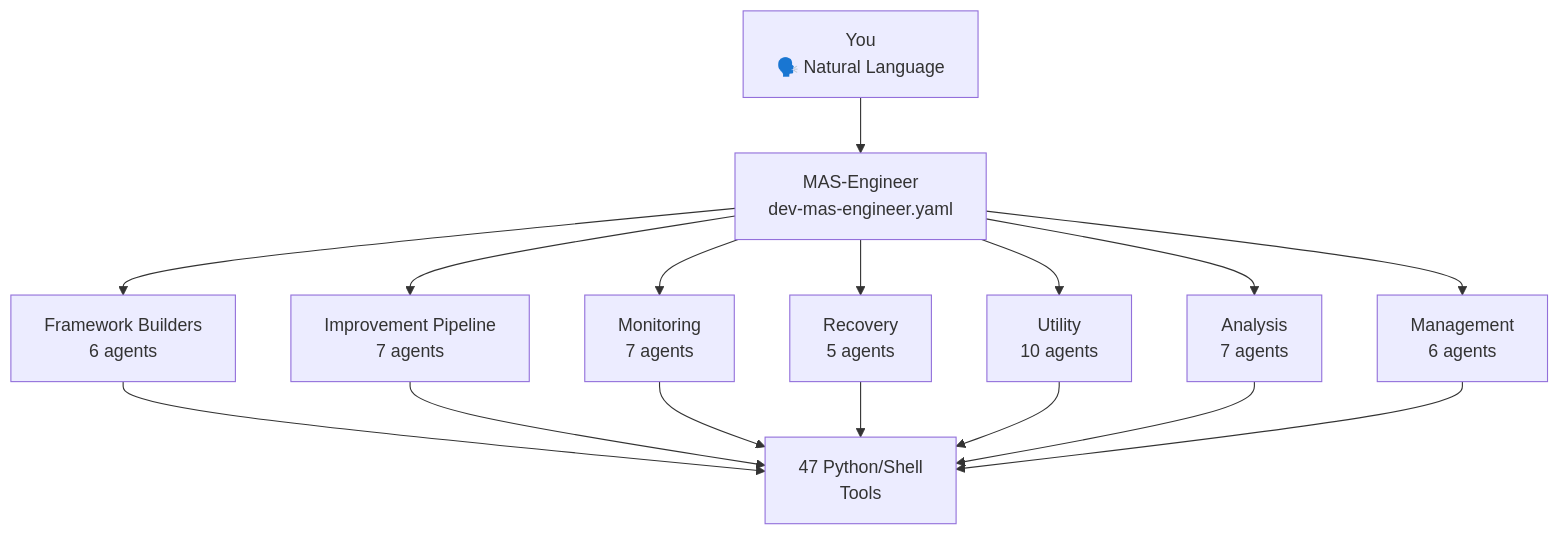
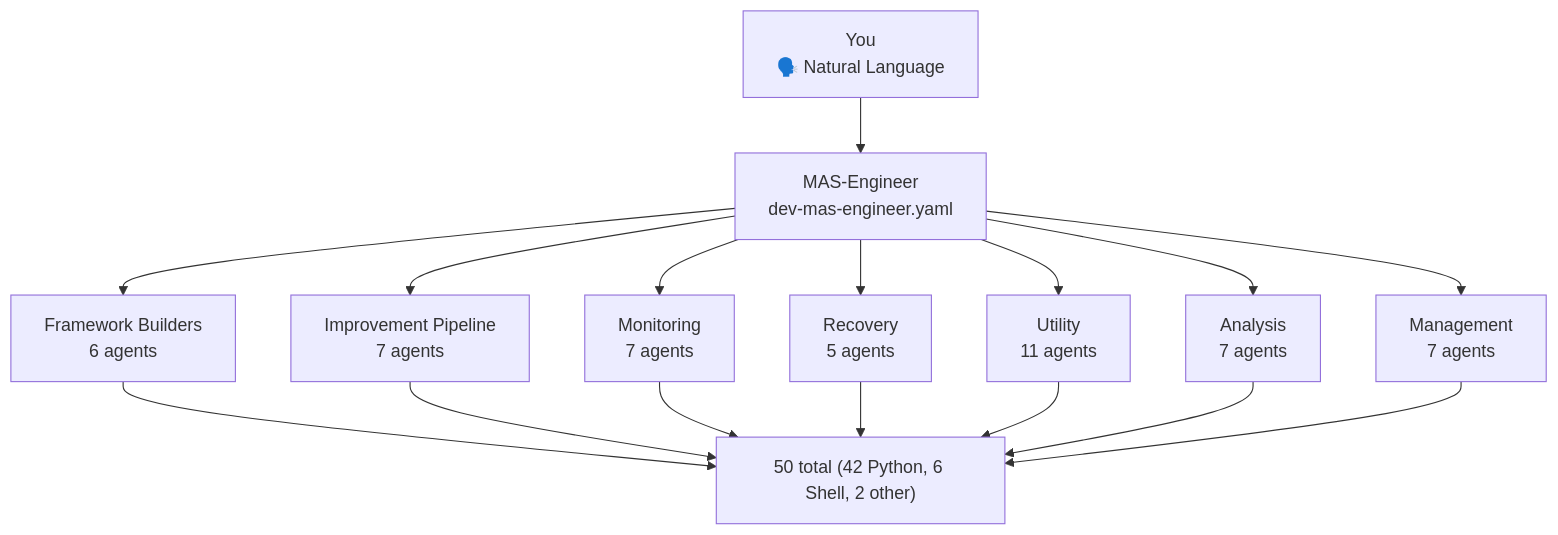
Before and after one commit to mczardybon/mas-engineer: the second of 6 diagrams in README.md, drawn with Mermaid. The commit also changed other lines of this file and 40 other files, not shown here.

````diff
--- a/README.md
+++ b/README.md
@@ -252,12 +252,12 @@
 ```mermaid
 flowchart TD
     YOU["You\n🗣️ Natural Language"] --> ENGINEER["MAS-Engineer\ndev-mas-engineer.yaml"]
     ENGINEER --> FB["Framework Builders\n6 agents"]
     ENGINEER --> IP["Improvement Pipeline\n7 agents"]
     ENGINEER --> MON["Monitoring\n7 agents"]
     ENGINEER --> REC["Recovery\n5 agents"]
-    ENGINEER --> UT["Utility\n10 agents"]
+    ENGINEER --> UT["Utility\n11 agents"]
     ENGINEER --> AN["Analysis\n7 agents"]
-    ENGINEER --> MG["Management\n6 agents"]
-    FB & IP & MON & REC & UT & AN & MG --> TOOLS["47 Python/Shell\nTools"]
+    ENGINEER --> MG["Management\n7 agents"]
+    FB & IP & MON & REC & UT & AN & MG --> TOOLS["50 total (42 Python, 6 Shell, 2 other)"]
 ```
````
